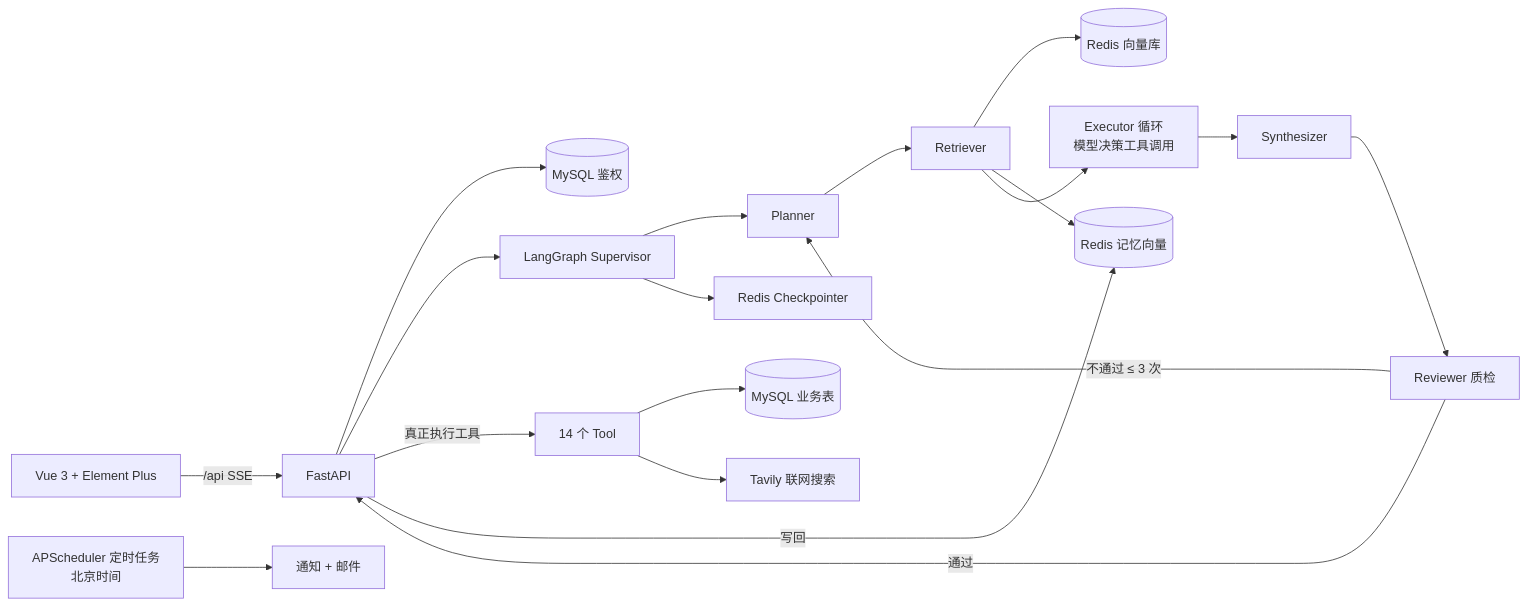
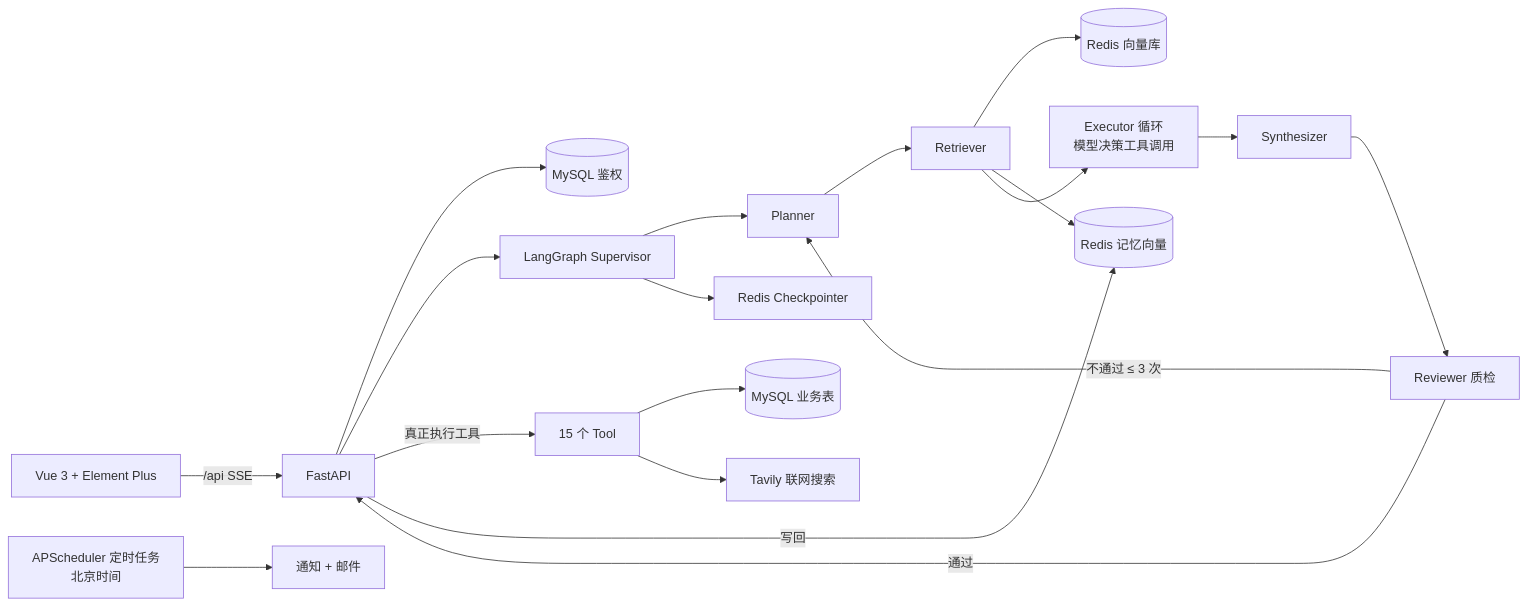
The diagram in README.md (zywser/LifeAgent), drawn with Mermaid before and after one commit. The commit also changed other lines of this file and 36 other files, not shown here.

````diff
--- a/README.md
+++ b/README.md
@@ -28,18 +28,18 @@
 ```mermaid
 flowchart LR
   Web[Vue 3 + Element Plus] -->|/api SSE| API[FastAPI]
   API --> Auth[(MySQL 鉴权)]
   API --> G[LangGraph Supervisor]
   G --> P[Planner] --> R[Retriever]
   R --> N[(Redis 向量库)] & M[(Redis 记忆向量)]
   R --> E[Executor 循环<br/>模型决策工具调用]
   E --> S[Synthesizer] --> V[Reviewer 质检]
   V -->|不通过 ≤ 3 次| P
   V -->|通过| API
-  API -->|真正执行工具| T[14 个 Tool]
+  API -->|真正执行工具| T[15 个 Tool]
   T --> DB[(MySQL 业务表)]
   T --> TV[Tavily 联网搜索]
   API -->|写回| M
   G --> CK[Redis Checkpointer]
   Sched[APScheduler 定时任务<br/>北京时间] --> Noti[通知 + 邮件]
 ```
````
